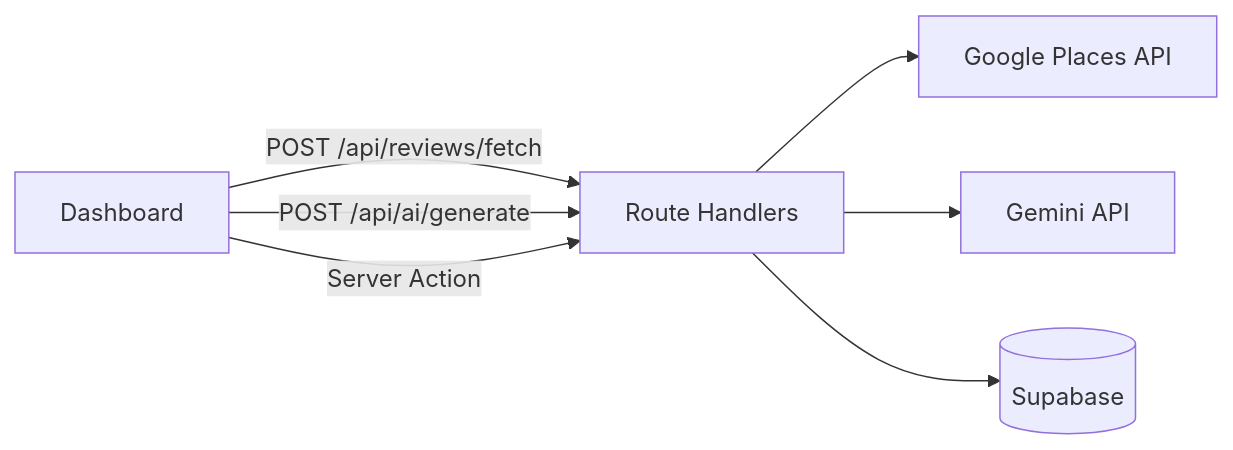
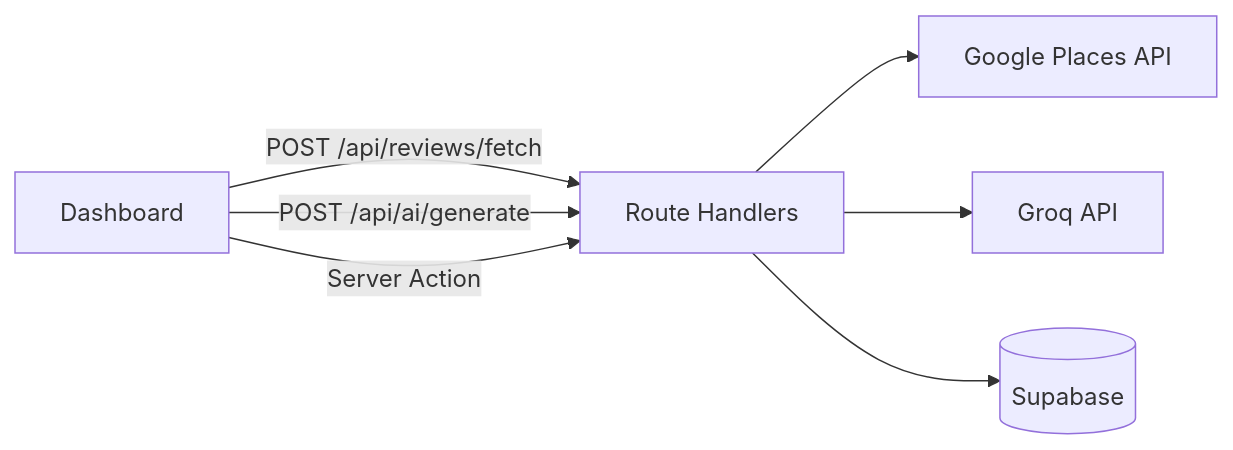
Before and after one commit to tvthanh2k3/review-pilot: the diagram in README.md, drawn with Mermaid. The commit also changed other lines of this file and 2 other files, not shown here.

Commit message:
docs: update stack to groq

````diff
--- a/README.md
+++ b/README.md
@@ -21,9 +21,9 @@
 ```mermaid
 flowchart LR
     UI[Dashboard] -->|POST /api/reviews/fetch| API[Route Handlers]
     UI -->|POST /api/ai/generate| API
     UI -->|Server Action| API
     API --> Google[Google Places API]
-    API --> Gemini[Gemini API]
+    API --> Groq[Groq API]
     API --> DB[(Supabase)]
 ```
````
